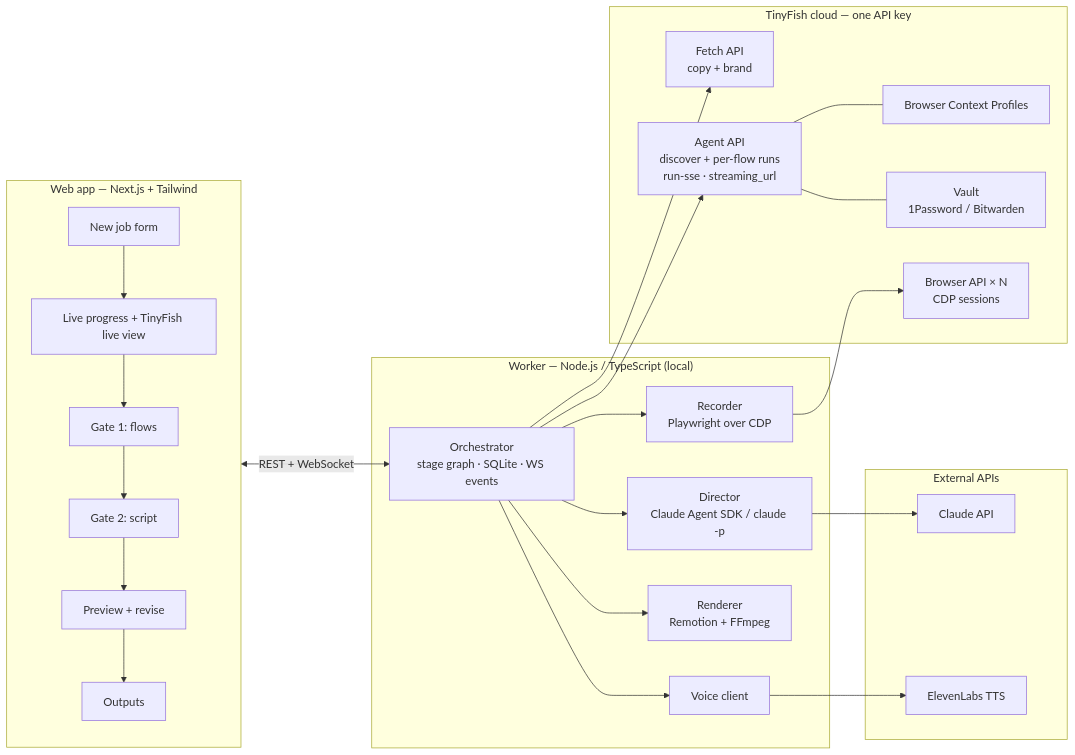
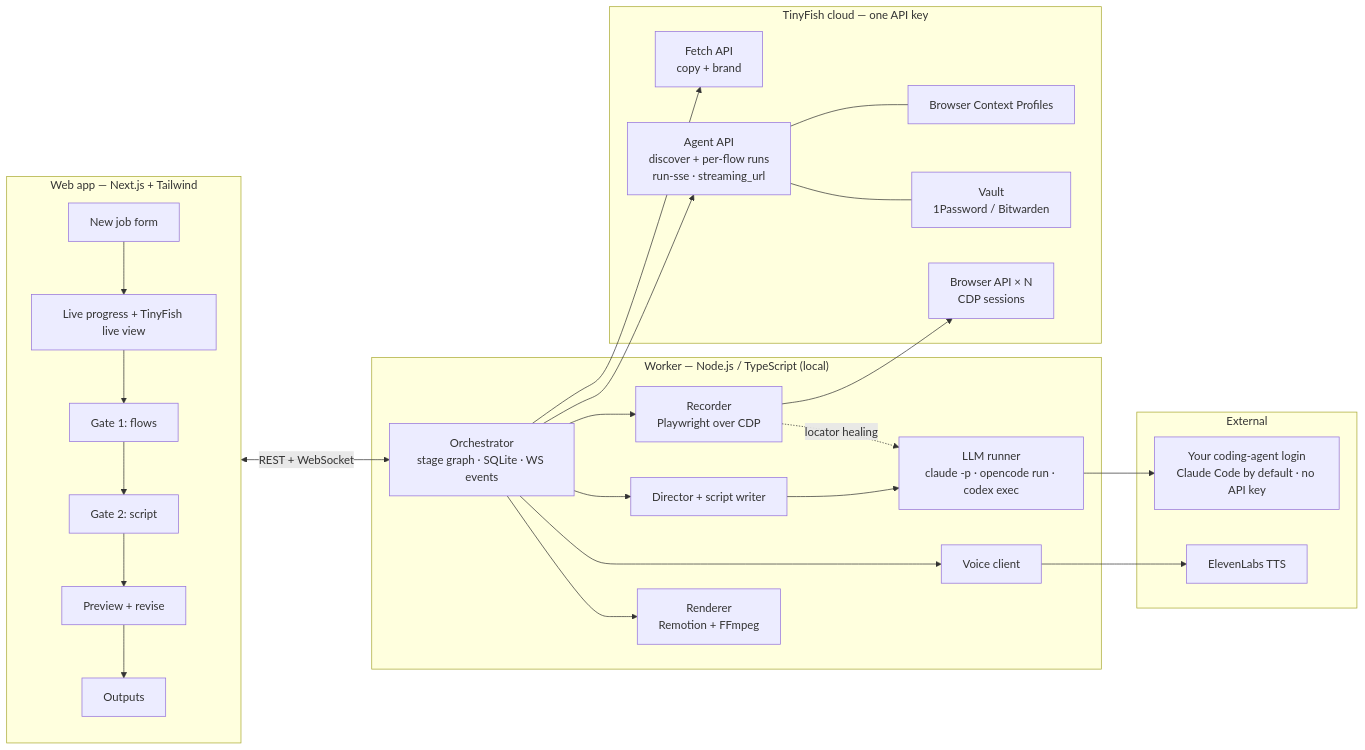
Before and after one commit to TechTerrorists/AgentCast: the first of 2 diagrams in PRD.md, drawn with Mermaid. The commit also changed other lines of this file and 3 other files, not shown here.

````diff
--- a/PRD.md
+++ b/PRD.md
@@ -286,41 +297,43 @@
 ```mermaid
 flowchart LR
   subgraph UI["Web app — Next.js + Tailwind"]
     A[New job form] --> B[Live progress + TinyFish live view]
     B --> G1[Gate 1: flows]
     G1 --> G2[Gate 2: script]
     G2 --> G3[Preview + revise]
     G3 --> O[Outputs]
   end
 
   subgraph W["Worker — Node.js / TypeScript (local)"]
     ORC[Orchestrator<br/>stage graph · SQLite · WS events]
     REC[Recorder<br/>Playwright over CDP]
-    DIR[Director<br/>Claude Agent SDK / claude -p]
+    DIR[Director + script writer]
+    LLM[LLM runner<br/>claude -p · opencode run · codex exec]
     RND[Renderer<br/>Remotion + FFmpeg]
     VOX[Voice client]
   end
 
   subgraph TF["TinyFish cloud — one API key"]
     FETCH[Fetch API<br/>copy + brand]
     AGENT[Agent API<br/>discover + per-flow runs<br/>run-sse · streaming_url]
     PROF[Browser Context Profiles]
     VAULT[Vault<br/>1Password / Bitwarden]
     BROW[Browser API × N<br/>CDP sessions]
   end
 
-  subgraph EXT["External APIs"]
-    CL[Claude API]
+  subgraph EXT["External"]
+    CL[Your coding-agent login<br/>Claude Code by default · no API key]
     EL[ElevenLabs TTS]
   end
 
   UI <-- REST + WebSocket --> ORC
   ORC --> FETCH
   ORC --> AGENT
   AGENT --- PROF
   AGENT --- VAULT
   ORC --> REC --> BROW
-  ORC --> DIR --> CL
+  ORC --> DIR --> LLM --> CL
+  REC -. locator healing .-> LLM
   ORC --> VOX --> EL
   ORC --> RND
 ```
````
